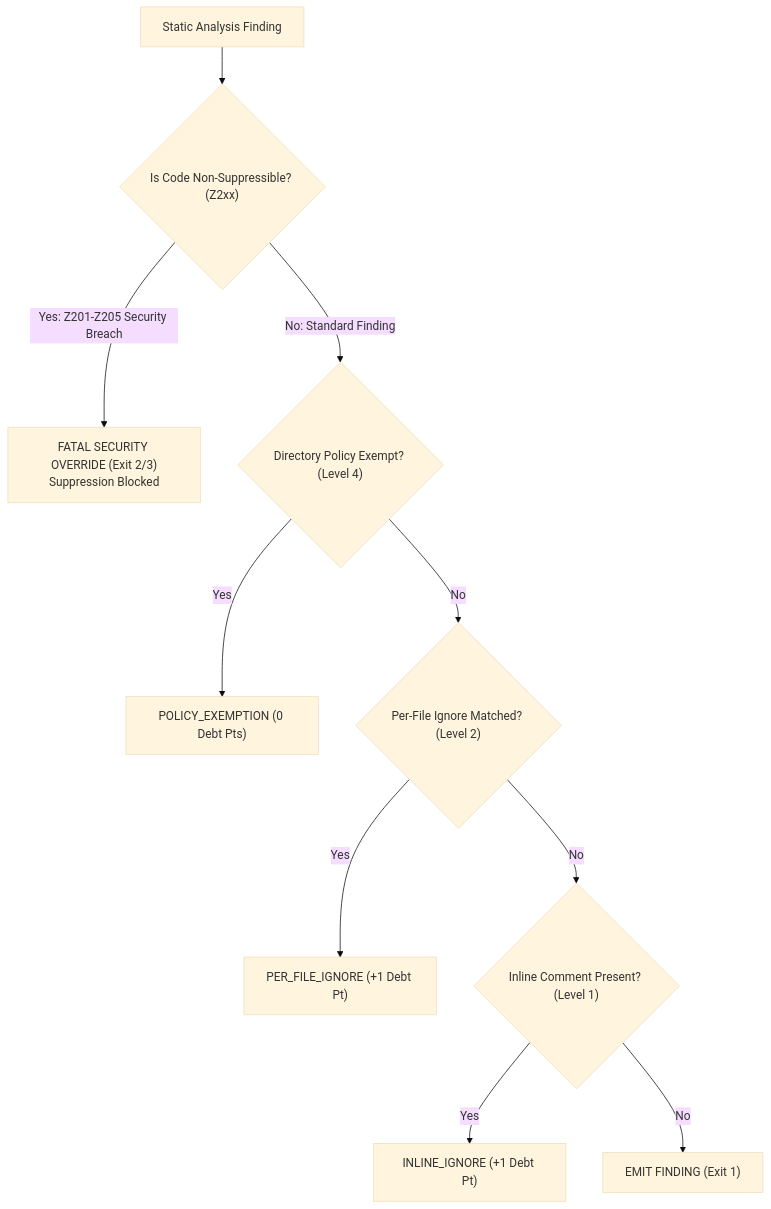
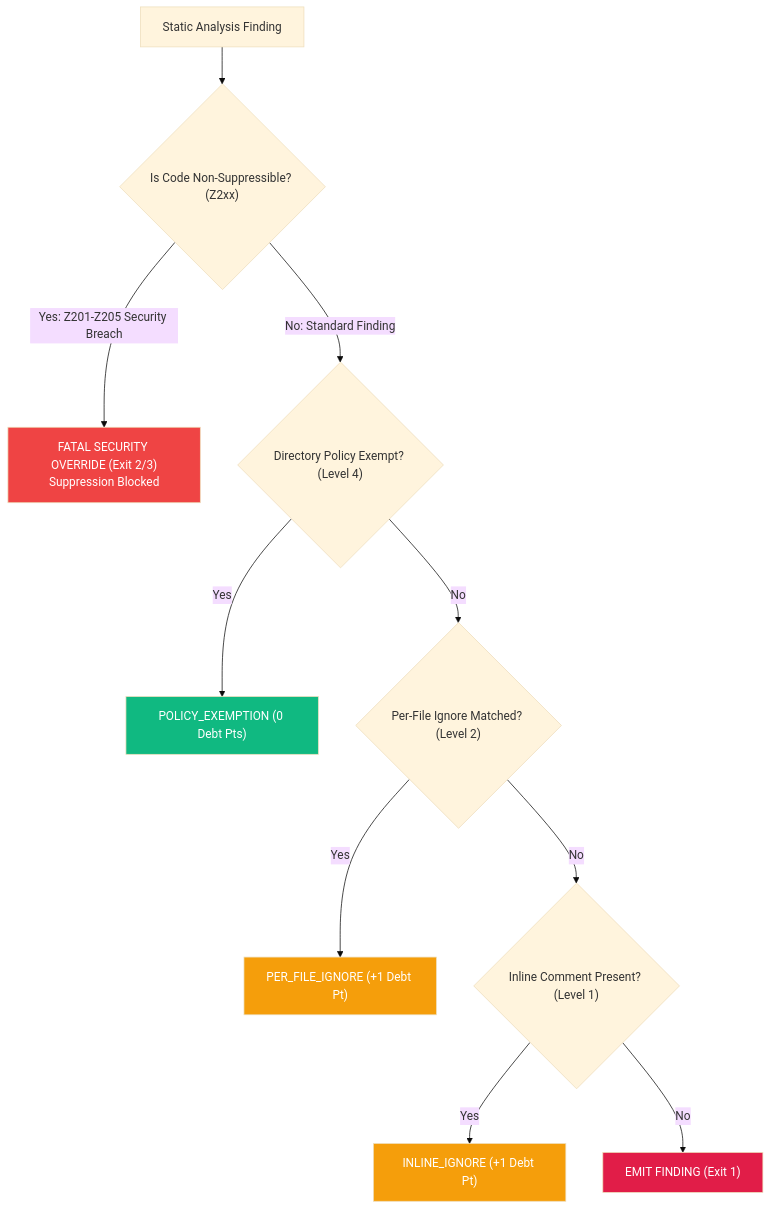
Before and after one commit to PythonWoods-Dev/zenzic: the diagram in docs/reference/suppression-policy.md, drawn with Mermaid (base theme). The commit also changed other lines of this file and 6 other files, not shown here.

First line of the commit message:
docs(ui): harmonize mermaid diagram styles and suppression governance cards (#219)

````diff
--- a/docs/reference/suppression-policy.md
+++ b/docs/reference/suppression-policy.md
@@ -46,12 +46,18 @@
 ```mermaid
 flowchart TD
     A["Static Analysis Finding"] --> B{"Is Code Non-Suppressible? (Z2xx)"}
     B -->|Yes: Z201-Z205 Security Breach| C["FATAL SECURITY OVERRIDE (Exit 2/3)\nSuppression Blocked"]
     B -->|No: Standard Finding| D{"Directory Policy Exempt? (Level 4)"}
     D -->|Yes| E["POLICY_EXEMPTION (0 Debt Pts)"]
     D -->|No| F{"Per-File Ignore Matched? (Level 2)"}
     F -->|Yes| G["PER_FILE_IGNORE (+1 Debt Pt)"]
     F -->|No| H{"Inline Comment Present? (Level 1)"}
     H -->|Yes| I["INLINE_IGNORE (+1 Debt Pt)"]
     H -->|No| J["EMIT FINDING (Exit 1)"]
+
+    style C fill:#ef4444,color:#fff
+    style E fill:#10b981,color:#fff
+    style G fill:#f59e0b,color:#fff
+    style I fill:#f59e0b,color:#fff
+    style J fill:#e11d48,color:#fff
 ```
````
